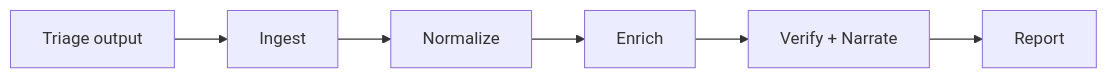
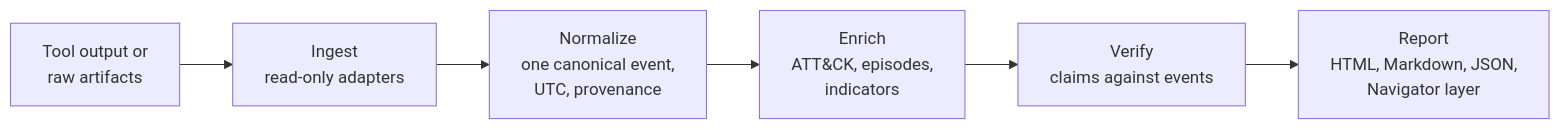
One commit to NotACop38/Casebound changed the first of 2 diagrams in README.md. Above: the diagram before and after it, drawn with Mermaid. The commit also changed other lines of this file and 121 other files, not shown here.

````diff
--- a/README.md
+++ b/README.md
@@ -66,8 +137,8 @@
 ```mermaid
 flowchart LR
-  A["Triage output"] --> B["Ingest"]
-  B --> C["Normalize"]
-  C --> D["Enrich"]
-  D --> E["Verify + Narrate"]
-  E --> F["Report"]
+  A["Tool output or<br>raw artifacts"] --> B["Ingest<br>read-only adapters"]
+  B --> C["Normalize<br>one canonical event,<br>UTC, provenance"]
+  C --> D["Enrich<br>ATT&CK, episodes,<br>indicators"]
+  D --> E["Verify<br>claims against events"]
+  E --> F["Report<br>HTML, Markdown, JSON,<br>Navigator layer"]
 ```
````
